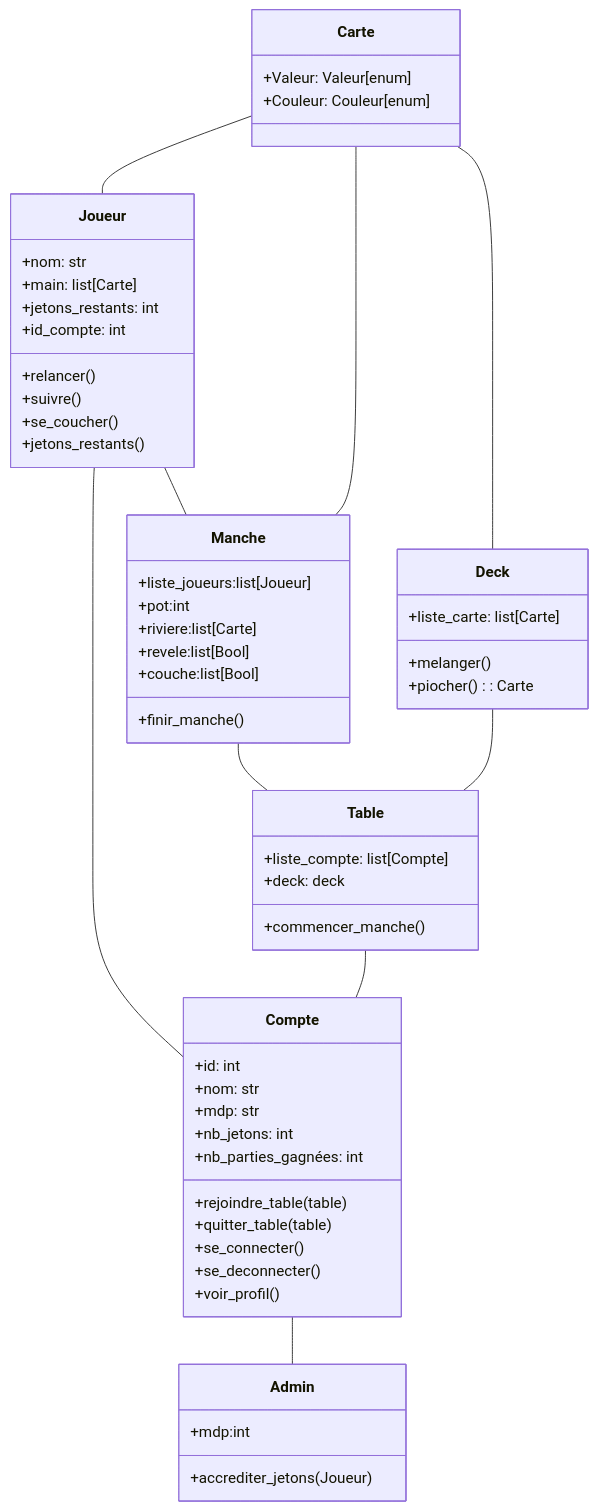
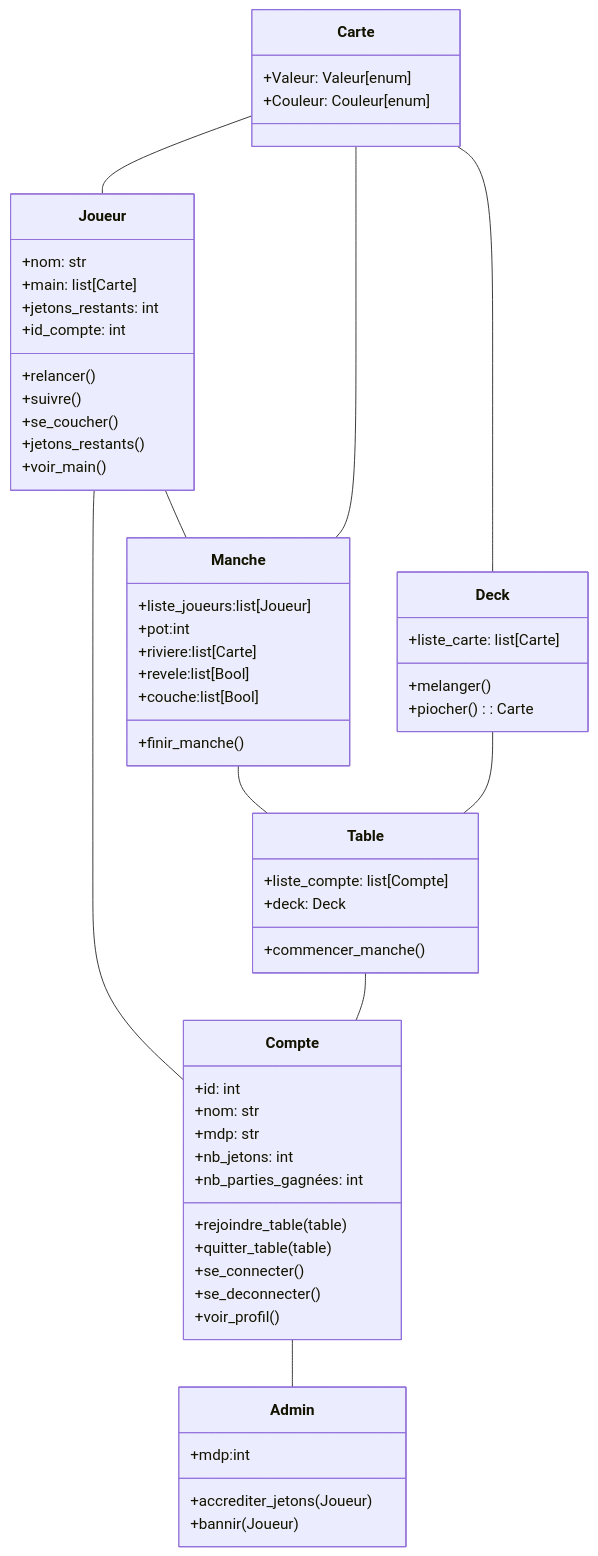
The diagram in doc/diag_classes.md (MrJoy27/ENSAI-2A-projet-info), drawn with Mermaid before and after one commit.

````diff
--- a/doc/diag_classes.md
+++ b/doc/diag_classes.md
@@ -17,67 +17,69 @@
 ```mermaid
 classDiagram
     class Joueur {
       +nom: str
       +main: list[Carte]
       +jetons_restants: int
       +id_compte: int 
       +relancer()
       +suivre()
       +se_coucher()
       +jetons_restants()
+      +voir_main()
     }
     
     class Carte {
       +Valeur: Valeur[enum]
       +Couleur: Couleur[enum]
     }
     
     class Manche {
       +liste_joueurs:list[Joueur]
       +pot:int
       +riviere:list[Carte]
       +revele:list[Bool]
       +couche:list[Bool]
       +finir_manche()
     }
 
     class Table {
       +liste_compte: list[Compte]
-      +deck: deck 
+      +deck: Deck 
       +commencer_manche()
     }
     
     class Compte {
       +id: int
       +nom: str
       +mdp: str
       +nb_jetons: int
       +nb_parties_gagnées: int 
       +rejoindre_table(table)
       +quitter_table(table)
       +se_connecter()
       +se_deconnecter()
       +voir_profil()
     }
 
     class Admin {
       +mdp:int
       +accrediter_jetons(Joueur)
+      +bannir(Joueur)
     }
 
     class Deck {
       +liste_carte: list[Carte]
       +melanger()
       +piocher(): Carte
     }
 
     Carte -- Joueur
     Carte -- Manche
     Carte -- Deck
     Deck -- Table
     Joueur -- Compte
     Joueur -- Manche
     Manche -- Table
     Table -- Compte
     Compte -- Admin
 ```
````
